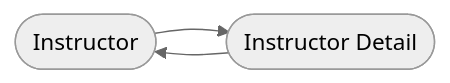
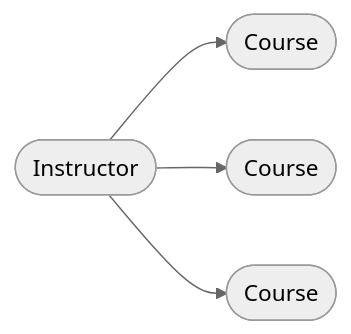
One commit to azharYahya95/hibernate changed the first of 2 diagrams in README.md. Above: the diagram before and after it, drawn with Mermaid (neutral theme). The commit also changed other lines of this file and 7 other files, not shown here.

````diff
--- a/README.md
+++ b/README.md
@@ -3,5 +6,7 @@
 ```mermaid
 flowchart LR;
-I([Instructor]);ID([Instructor Detail]);
-I --> ID;ID-->I;
+I([Instructor]);C1([Course]);C2([Course]);C3([Course]);
+I --> C1;
+I --> C2;
+I --> C3;
 ```
````
